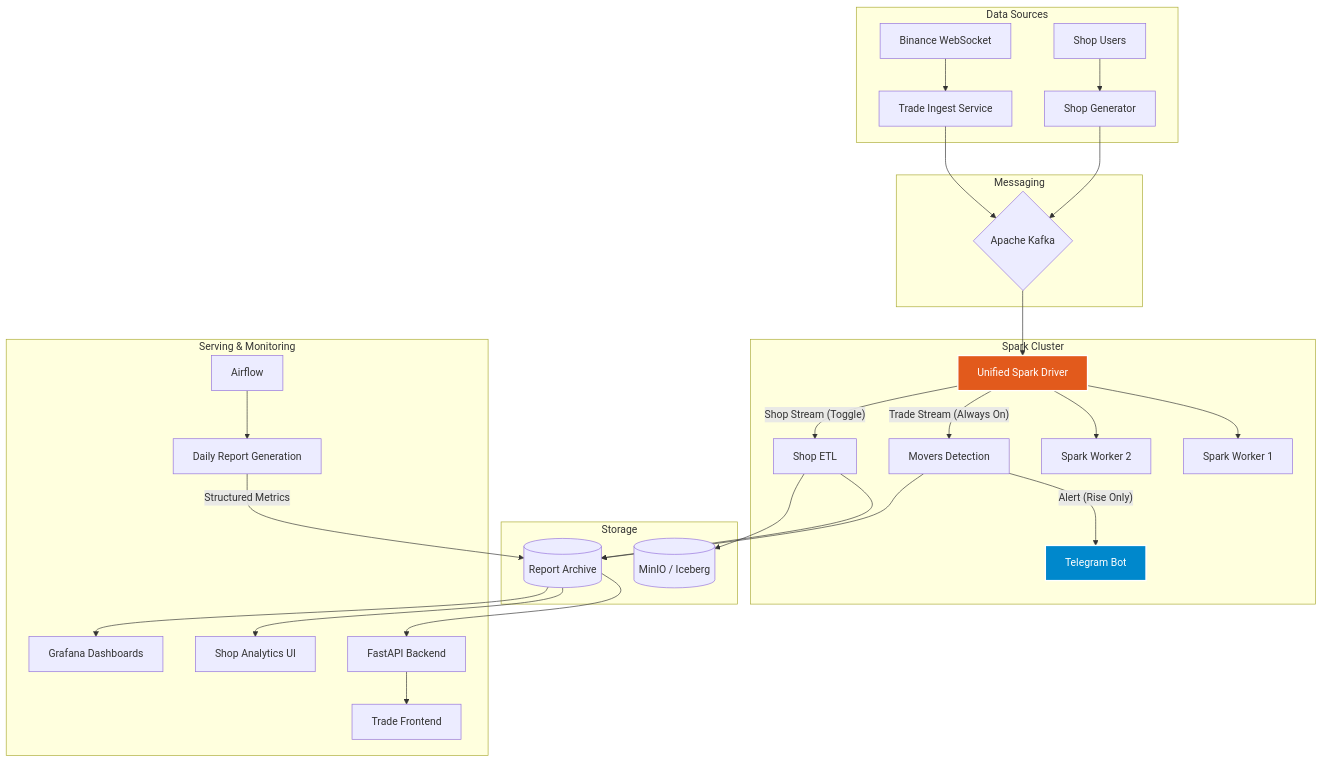
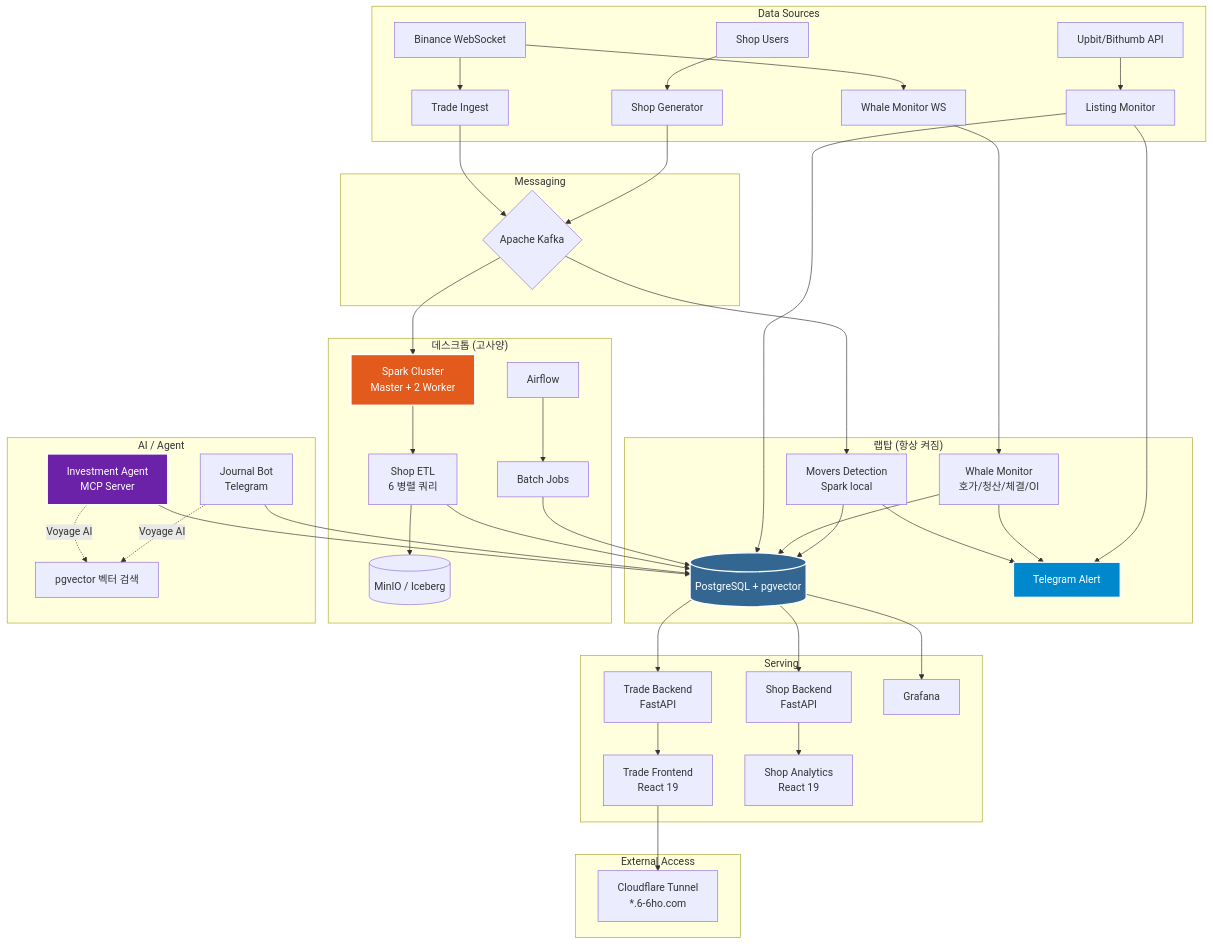
The diagram in docs/ARCHITECTURE.md (6-6ho/junho-data-platform), drawn with Mermaid before and after one commit. The commit also changed other lines of this file and 3 other files, not shown here.

Commit message:
docs: 전체 문서 최신화 — whale-monitor, investment-agent, listing-monitor, pgvector 반영

````diff
--- a/docs/ARCHITECTURE.md
+++ b/docs/ARCHITECTURE.md
@@ -7,44 +6,58 @@
 ```mermaid
 graph TD
     subgraph Data Sources
-        Binance[Binance WebSocket] --> Ingest[Trade Ingest Service]
+        Binance[Binance WebSocket] --> Ingest[Trade Ingest]
+        Binance --> WhaleWS[Whale Monitor WS]
         ShopUsers[Shop Users] --> ShopGen[Shop Generator]
+        Upbit[Upbit/Bithumb API] --> ListingMon[Listing Monitor]
     end
 
     subgraph Messaging
         Ingest --> Kafka{Apache Kafka}
         ShopGen --> Kafka
     end
 
-    subgraph Processing Layer [Spark Cluster]
-        Kafka --> SparkDriver[Unified Spark Driver]
-        SparkDriver --> Worker1[Spark Worker 1]
-        SparkDriver --> Worker2[Spark Worker 2]
-        
-        SparkDriver --"Trade Stream (Always On)"--> TradeProc[Movers Detection]
-        SparkDriver --"Shop Stream (Toggle)"--> ShopProc[Shop ETL]
-        
-        TradeProc --"Alert (Rise Only)"--> Telegram[Telegram Bot]
+    subgraph "랩탑 (항상 켜짐)"
+        Kafka --> TradeMovers[Movers Detection<br/>Spark local]
+        WhaleWS --> WhaleMonitor[Whale Monitor<br/>호가/청산/체결/OI]
+        ListingMon --> PG
+        WhaleMonitor --> PG
+        TradeMovers --> PG[(PostgreSQL + pgvector)]
+        TradeMovers --> TelegramAlert[Telegram Alert]
+        WhaleMonitor --> TelegramAlert
+        ListingMon --> TelegramAlert
     end
 
-    subgraph Storage
-        TradeProc --> Postgres[(PostgreSQL)]
-        ShopProc --> Postgres
-        ShopProc --> Iceberg[(MinIO / Iceberg)]
+    subgraph "데스크톱 (고사양)"
+        Kafka --> SparkCluster[Spark Cluster<br/>Master + 2 Worker]
+        SparkCluster --> ShopProc[Shop ETL<br/>6 병렬 쿼리]
+        ShopProc --> PG
+        ShopProc --> MinIO[(MinIO / Iceberg)]
+        Airflow[Airflow] --> SparkBatch[Batch Jobs]
+        SparkBatch --> PG
     end
 
-    subgraph Serving & Monitoring
-        Postgres --> Backend[FastAPI Backend]
-        
-        Airflow --> SparkBatch[Daily Report Generation]
-        SparkBatch --"Structured Metrics"--> Postgres[(Report Archive)]
-        
-        Backend --> TradeUI[Trade Frontend]
-        Postgres --> ShopUI[Shop Analytics UI]
-        
-        Postgres --> Grafana[Grafana Dashboards]
+    subgraph Serving
+        PG --> TradeAPI[Trade Backend<br/>FastAPI]
+        PG --> ShopAPI[Shop Backend<br/>FastAPI]
+        TradeAPI --> TradeUI[Trade Frontend<br/>React 19]
+        ShopAPI --> ShopUI[Shop Analytics<br/>React 19]
+        PG --> Grafana[Grafana]
     end
 
-    style Telegram fill:#0088cc,stroke:#fff,stroke-width:2px,color:#fff
-    style SparkDriver fill:#E25A1C,stroke:#fff,stroke-width:2px,color:#fff
+    subgraph AI / Agent
+        MCP[Investment Agent<br/>MCP Server] --> PG
+        JournalBot[Journal Bot<br/>Telegram] --> PG
+        MCP -.->|Voyage AI| VectorSearch[pgvector 벡터 검색]
+        JournalBot -.->|Voyage AI| VectorSearch
+    end
+
+    subgraph External Access
+        TradeUI --> Tunnel[Cloudflare Tunnel<br/>*.6-6ho.com]
+    end
+
+    style TelegramAlert fill:#0088cc,stroke:#fff,stroke-width:2px,color:#fff
+    style SparkCluster fill:#E25A1C,stroke:#fff,stroke-width:2px,color:#fff
+    style PG fill:#336791,stroke:#fff,stroke-width:2px,color:#fff
+    style MCP fill:#6B21A8,stroke:#fff,stroke-width:2px,color:#fff
 ```
````
